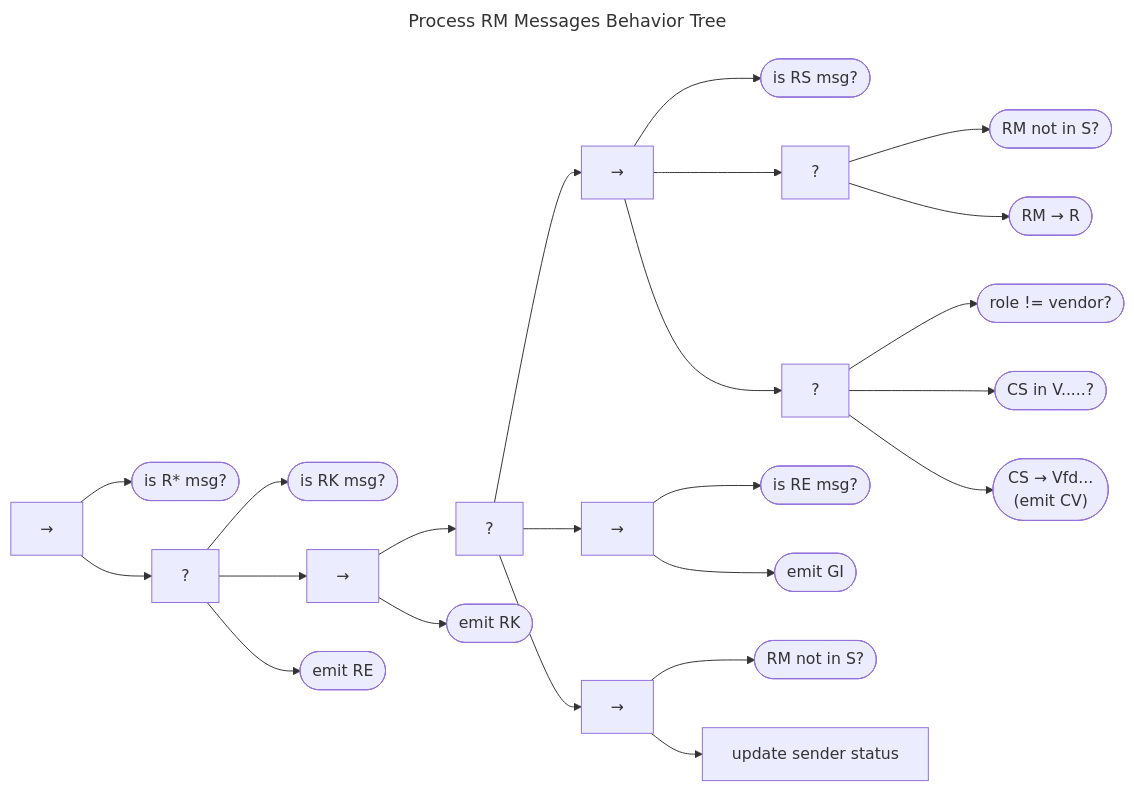
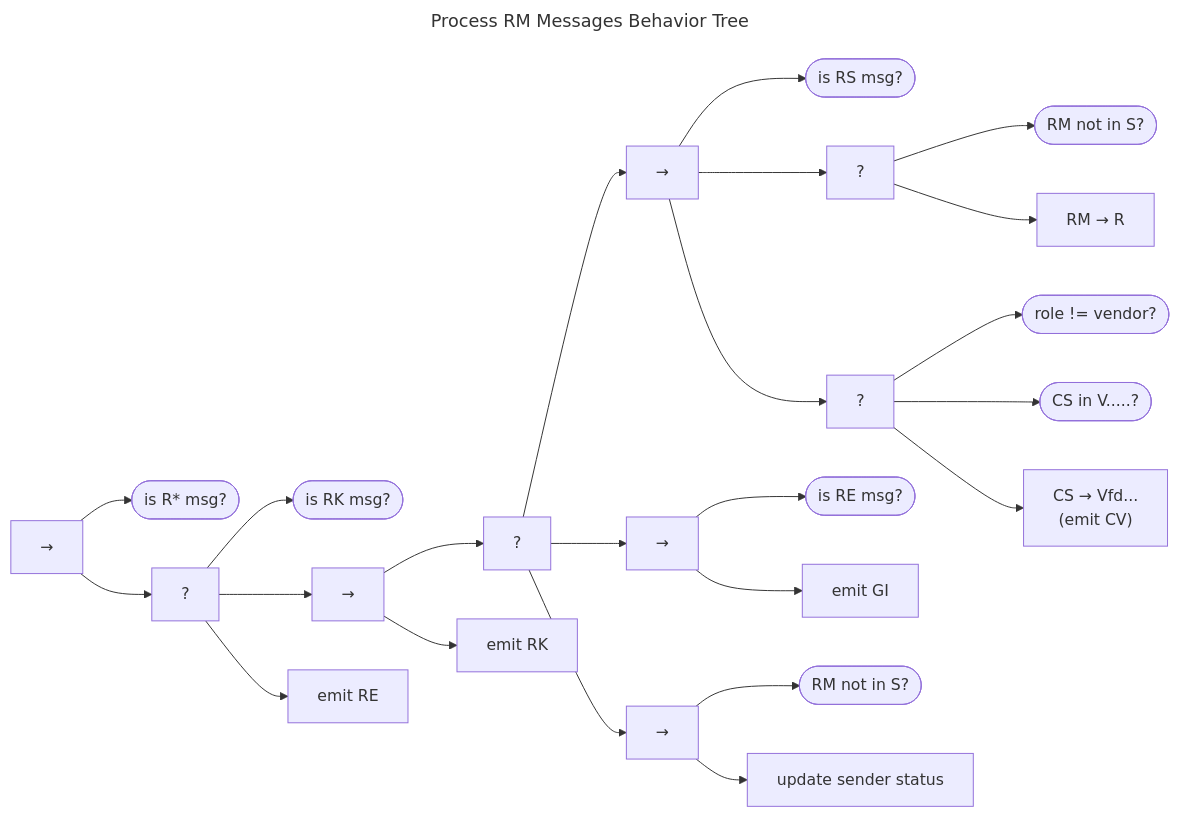
The diagram in docs/topics/behavior_logic/msg_rm_bt.md (CERTCC/Vultron), drawn with Mermaid before and after one commit. The commit also changed 2 other files, not shown here.

Commit message:
fix error in diagram node types

````diff
--- a/docs/topics/behavior_logic/msg_rm_bt.md
+++ b/docs/topics/behavior_logic/msg_rm_bt.md
@@ -5,51 +5,51 @@
 ```mermaid
 ---
 title: Process RM Messages Behavior Tree
 ---
 flowchart LR
     seq["&rarr;"]
     is_R_msg(["is R* msg?"])
     seq --> is_R_msg
     fb["?"]
     seq --> fb
     is_RK_msg(["is RK msg?"])
     fb --> is_RK_msg
     seq2["&rarr;"]
     fb --> seq2
     fb2["?"]
     seq2 --> fb2
     rs_seq["&rarr;"]
     fb2 --> rs_seq
     is_RS_msg(["is RS msg?"])
     rs_seq --> is_RS_msg
     rs_fb["?"]
     rs_seq --> rs_fb
     rm_not_S(["RM not in S?"])
     rs_fb --> rm_not_S
-    rm_to_R(["RM &rarr; R"])
+    rm_to_R["RM &rarr; R"]
     rs_fb --> rm_to_R
     rs_fb2["?"]
     rs_seq --> rs_fb2
     role_not_vendor(["role != vendor?"])
     rs_fb2 --> role_not_vendor
     cs_in_V(["CS in V.....?"])
     rs_fb2 --> cs_in_V
-    cs_to_V(["CS &rarr; Vfd...<br/>(emit CV)"])
+    cs_to_V["CS &rarr; Vfd...<br/>(emit CV)"]
     rs_fb2 --> cs_to_V
     re_seq["&rarr;"]
     fb2 --> re_seq
     is_RE_msg(["is RE msg?"])
     re_seq --> is_RE_msg
-    emit_GI(["emit GI"])
+    emit_GI["emit GI"]
     re_seq --> emit_GI
     other_seq["&rarr;"]
     fb2 --> other_seq
     o_rm_not_S(["RM not in S?"])
     other_seq --> o_rm_not_S
     update_sender_status["update sender status"]
     other_seq --> update_sender_status
-    emit_RK(["emit RK"])
+    emit_RK["emit RK"]
     seq2 --> emit_RK
-    emit_RE(["emit RE"])
+    emit_RE["emit RE"]
     fb --> emit_RE
 ```
````
